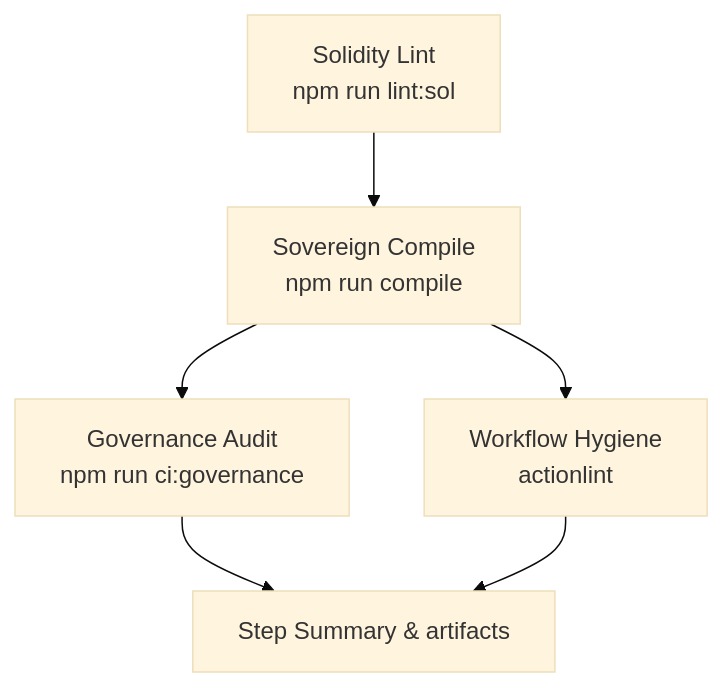
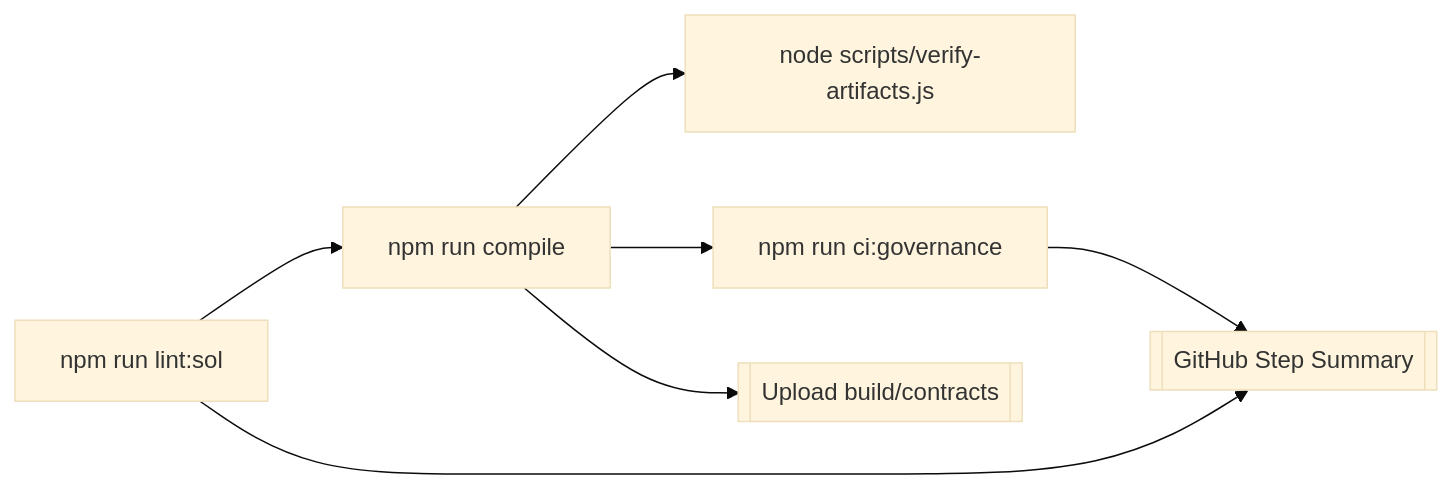
One commit to MontrealAI/agijobs-sovereign-labor-v0p1 changed the third of 4 diagrams in README.md. Above: the diagram before and after it, drawn with Mermaid (base theme). The commit also changed other lines of this file and 3 other files, not shown here.

````diff
--- a/README.md
+++ b/README.md
@@ -99,8 +111,9 @@
 ```mermaid
-flowchart TD
-    L[Solidity Lint \n npm run lint:sol] --> C[Sovereign Compile \n npm run compile]
-    C --> G[Governance Audit \n npm run ci:governance]
-    C --> A[Workflow Hygiene \n actionlint]
-    G --> S[Step Summary & artifacts]
-    A --> S
+flowchart LR
+    lint[npm run lint:sol] --> compile[npm run compile]
+    compile --> verifyArtifacts[node scripts/verify-artifacts.js]
+    compile --> governance[npm run ci:governance]
+    compile --> artifacts[[Upload build/contracts]]
+    governance --> summary[[GitHub Step Summary]]
+    lint --> summary
 ```
````
